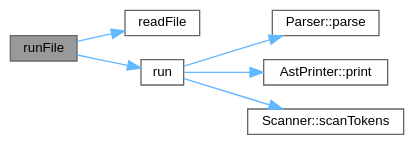
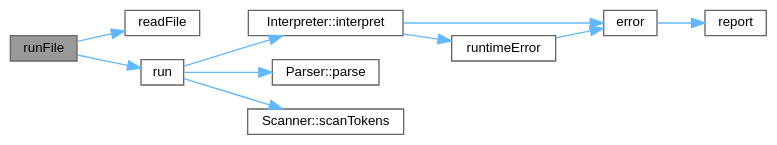
Before and after one commit to helcsnewsxd/gsc-interpreter: the diagram in main_8cpp_abd88a82eb70f9e68f4ca9b5ebb923556_cgraph.dot, drawn with Graphviz. The commit also changed 105 other files, not shown here.

```diff
--- a/main_8cpp_abd88a82eb70f9e68f4ca9b5ebb923556_cgraph.dot
+++ b/main_8cpp_abd88a82eb70f9e68f4ca9b5ebb923556_cgraph.dot
@@ -1,19 +1,26 @@
 digraph "runFile"
 {
  // LATEX_PDF_SIZE
   bgcolor="transparent";
   edge [fontname=Helvetica,fontsize=10,labelfontname=Helvetica,labelfontsize=10];
   node [fontname=Helvetica,fontsize=10,shape=box,height=0.2,width=0.4];
   rankdir="LR";
   Node1 [id="Node000001",label="runFile",height=0.2,width=0.4,color="gray40", fillcolor="grey60", style="filled", fontcolor="black",tooltip=" "];
   Node1 -> Node2 [id="edge1_Node000001_Node000002",color="steelblue1",style="solid",tooltip=" "];
   Node2 [id="Node000002",label="readFile",height=0.2,width=0.4,color="grey40", fillcolor="white", style="filled",URL="$main_8cpp.html#ad1a550a8cd1bd8cad05c963707a9d482",tooltip=" "];
   Node1 -> Node3 [id="edge2_Node000001_Node000003",color="steelblue1",style="solid",tooltip=" "];
   Node3 [id="Node000003",label="run",height=0.2,width=0.4,color="grey40", fillcolor="white", style="filled",URL="$main_8cpp.html#a7a2843aa356425e41907f7b3bc255b15",tooltip=" "];
   Node3 -> Node4 [id="edge3_Node000003_Node000004",color="steelblue1",style="solid",tooltip=" "];
-  Node4 [id="Node000004",label="Parser::parse",height=0.2,width=0.4,color="grey40", fillcolor="white", style="filled",URL="$classParser.html#ac665654e96249792d2929d6bab95beec",tooltip="Parses the tokens and returns the root expression of the AST."];
-  Node3 -> Node5 [id="edge4_Node000003_Node000005",color="steelblue1",style="solid",tooltip=" "];
-  Node5 [id="Node000005",label="AstPrinter::print",height=0.2,width=0.4,color="grey40", fillcolor="white", style="filled",URL="$classAstPrinter.html#a656a66e96510a3b2ff8edef2c1a5c61c",tooltip="Prints the expression in a parenthesized format."];
-  Node3 -> Node6 [id="edge5_Node000003_Node000006",color="steelblue1",style="solid",tooltip=" "];
-  Node6 [id="Node000006",label="Scanner::scanTokens",height=0.2,width=0.4,color="grey40", fillcolor="white", style="filled",URL="$classScanner.html#ac13eb6af23aada11ff2525f02577cd8e",tooltip="Scans the entire source code and generates a list of tokens."];
+  Node4 [id="Node000004",label="Interpreter::interpret",height=0.2,width=0.4,color="grey40", fillcolor="white", style="filled",URL="$classInterpreter.html#a1399e6d166e3e4a97398c0cbf157a78d",tooltip="Interpret the given expression."];
+  Node4 -> Node5 [id="edge4_Node000004_Node000005",color="steelblue1",style="solid",tooltip=" "];
+  Node5 [id="Node000005",label="error",height=0.2,width=0.4,color="grey40", fillcolor="white", style="filled",URL="$error_8cpp.html#a057203d3ddd2dc7ffdbacf4be430a2e7",tooltip="Report an error in the given line."];
+  Node5 -> Node6 [id="edge5_Node000005_Node000006",color="steelblue1",style="solid",tooltip=" "];
+  Node6 [id="Node000006",label="report",height=0.2,width=0.4,color="grey40", fillcolor="white", style="filled",URL="$error_8cpp.html#aef92bba490af31bffca743240f705016",tooltip="Report an error in the given line and location."];
+  Node4 -> Node7 [id="edge6_Node000004_Node000007",color="steelblue1",style="solid",tooltip=" "];
+  Node7 [id="Node000007",label="runtimeError",height=0.2,width=0.4,color="grey40", fillcolor="white", style="filled",URL="$error_8cpp.html#a52e9d0438880e071985009848bab2d32",tooltip="Report a runtime error given a RuntimeError object."];
+  Node7 -> Node5 [id="edge7_Node000007_Node000005",color="steelblue1",style="solid",tooltip=" "];
+  Node3 -> Node8 [id="edge8_Node000003_Node000008",color="steelblue1",style="solid",tooltip=" "];
+  Node8 [id="Node000008",label="Parser::parse",height=0.2,width=0.4,color="grey40", fillcolor="white", style="filled",URL="$classParser.html#ac665654e96249792d2929d6bab95beec",tooltip="Parses the tokens and returns the root expression of the AST."];
+  Node3 -> Node9 [id="edge9_Node000003_Node000009",color="steelblue1",style="solid",tooltip=" "];
+  Node9 [id="Node000009",label="Scanner::scanTokens",height=0.2,width=0.4,color="grey40", fillcolor="white", style="filled",URL="$classScanner.html#ac13eb6af23aada11ff2525f02577cd8e",tooltip="Scans the entire source code and generates a list of tokens."];
 }
```
